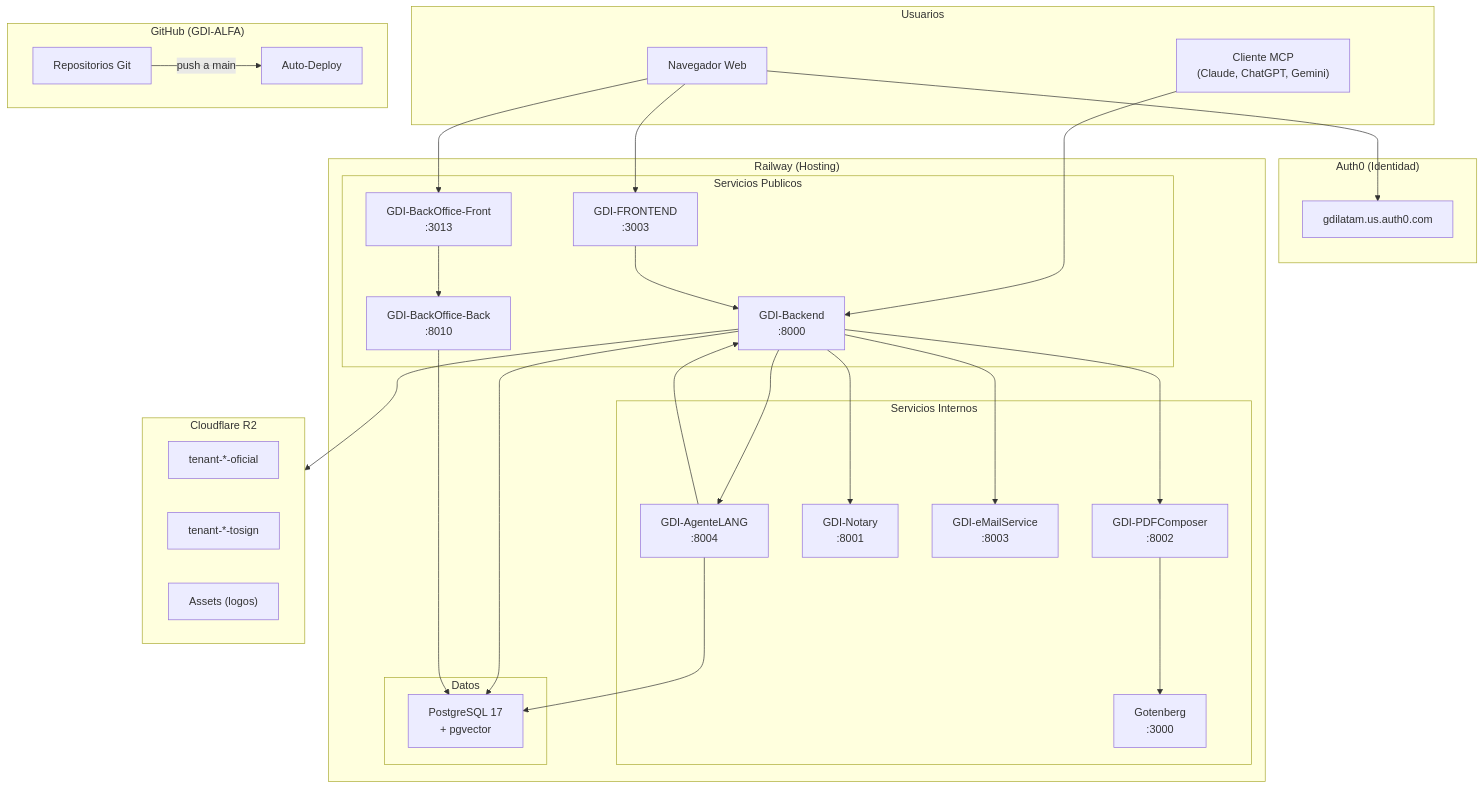
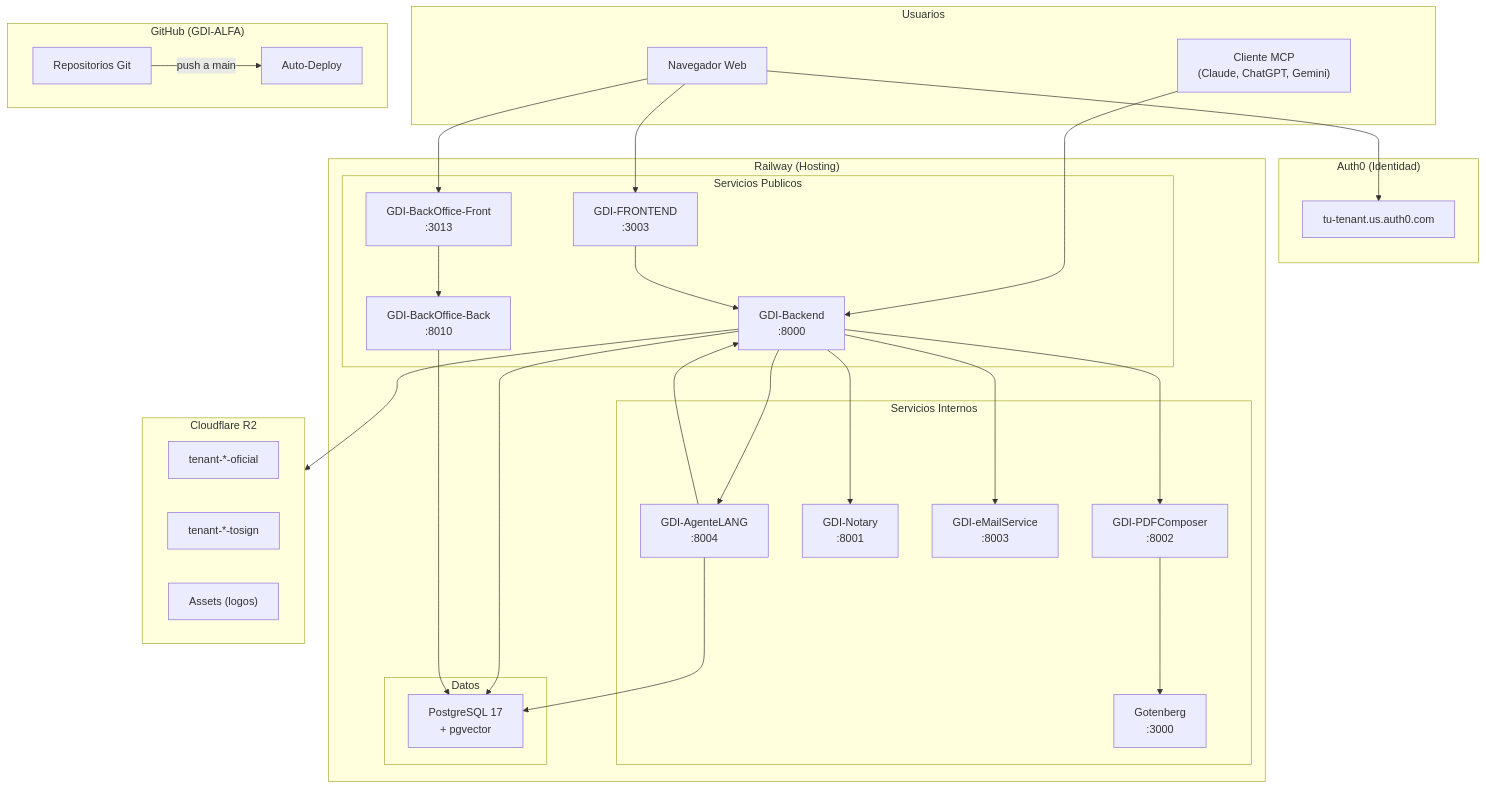
The diagram in docs/deploy/index.md (GDI-APGLv3/Site-Docs), drawn with Mermaid before and after one commit. The commit also changed 9 other files, not shown here.

````diff
--- a/docs/deploy/index.md
+++ b/docs/deploy/index.md
@@ -18,66 +18,66 @@
 ```mermaid
 graph TB
     subgraph Usuarios["Usuarios"]
         Browser["Navegador Web"]
         MCP_Client["Cliente MCP<br/>(Claude, ChatGPT, Gemini)"]
     end
 
     subgraph Auth0["Auth0 (Identidad)"]
-        Auth0_Tenant["gdilatam.us.auth0.com"]
+        Auth0_Tenant["tu-tenant.us.auth0.com"]
     end
 
     subgraph GitHub["GitHub (GDI-ALFA)"]
         Repos["Repositorios Git"]
         Repos --> |push a main| Railway_Deploy
     end
 
     subgraph Railway["Railway (Hosting)"]
         subgraph Publicos["Servicios Publicos"]
             FE["GDI-FRONTEND<br/>:3003"]
             BE["GDI-Backend<br/>:8000"]
             BOFE["GDI-BackOffice-Front<br/>:3013"]
             BOBE["GDI-BackOffice-Back<br/>:8010"]
         end
 
         subgraph Internos["Servicios Internos"]
             PDF["GDI-PDFComposer<br/>:8002"]
             NOT["GDI-Notary<br/>:8001"]
             MAIL["GDI-eMailService<br/>:8003"]
             AGENT["GDI-AgenteLANG<br/>:8004"]
             GOT["Gotenberg<br/>:3000"]
         end
 
         subgraph Data["Datos"]
             PG["PostgreSQL 17<br/>+ pgvector"]
         end
 
         Railway_Deploy["Auto-Deploy"]
     end
 
     subgraph Cloudflare["Cloudflare R2"]
         Bucket_Oficial["tenant-*-oficial"]
         Bucket_ToSign["tenant-*-tosign"]
         Bucket_Assets["Assets (logos)"]
     end
 
     Browser --> Auth0_Tenant
     Browser --> FE
     Browser --> BOFE
     MCP_Client --> BE
 
     FE --> BE
     BOFE --> BOBE
 
     BE --> PDF
     BE --> NOT
     BE --> MAIL
     BE --> AGENT
     BE --> PG
     BE --> Cloudflare
 
     BOBE --> PG
 
     PDF --> GOT
     AGENT --> PG
     AGENT --> BE
 ```
````
